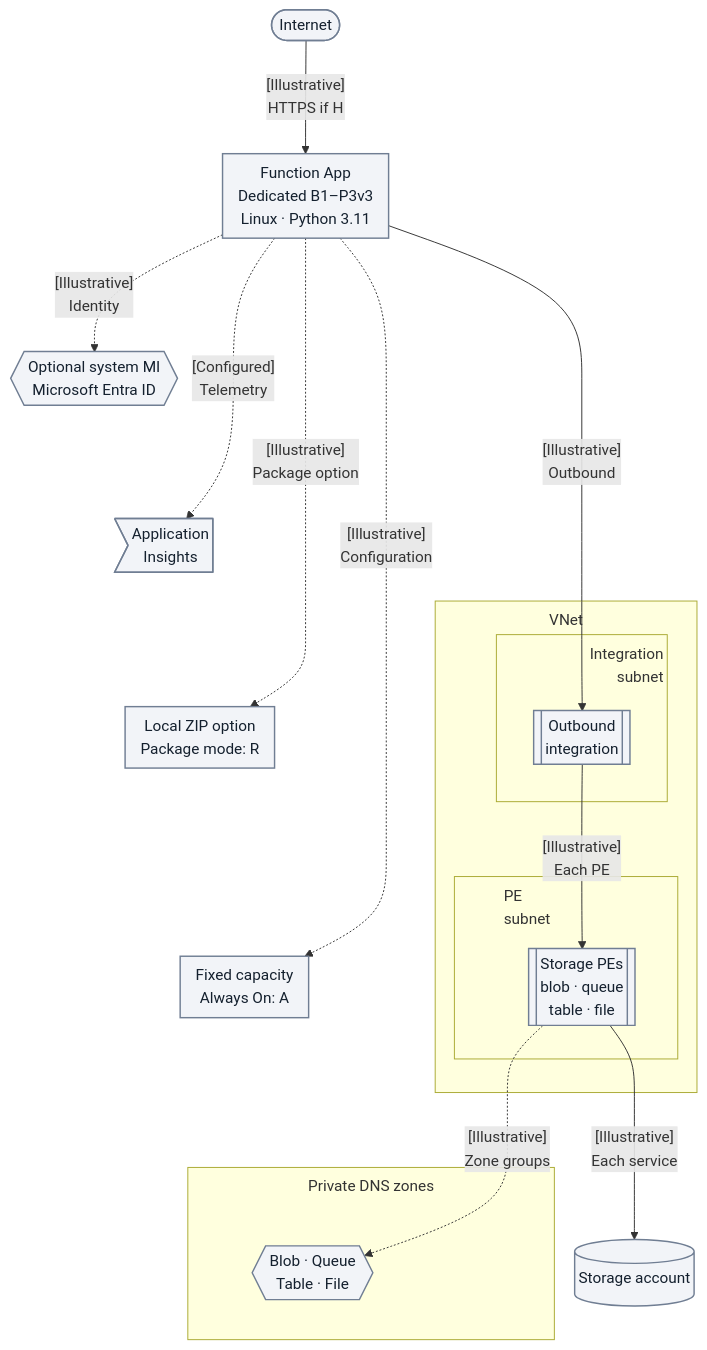
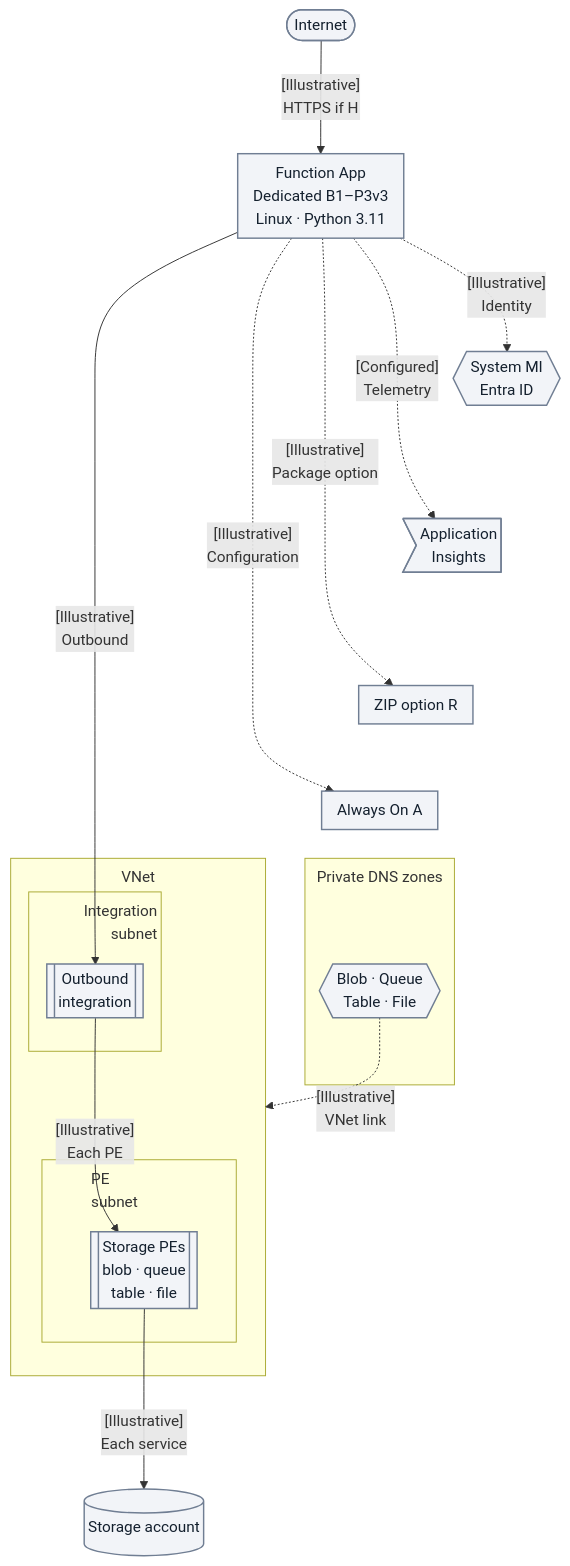
Before and after one commit to yeongseon/azure-functions-practical-guide: the first of 2 diagrams in docs/language-guides/python/tutorial/dedicated/06-ci-cd.md, drawn with Mermaid. The commit also changed other lines of this file, not shown here.

Commit message:
docs(diagrams): tier Python Dedicated network context
Link DNS context to the actual VNet boundary and shorten keyed options.
Retain the best of three measured layouts with its readability debt explicit.

Refs #363

````diff
--- a/docs/language-guides/python/tutorial/dedicated/06-ci-cd.md
+++ b/docs/language-guides/python/tutorial/dedicated/06-ci-cd.md
@@ -83,40 +83,40 @@
 ```mermaid
 %%{init: {'flowchart': {'nodeSpacing': 10, 'rankSpacing': 70, 'padding': 8, 'subGraphTitleMargin': {'top': 8, 'bottom': 32}}}}%%
 flowchart TD
     accTitle: Python 3.11 Linux Dedicated optional Storage topology
     accDescr: Dedicated B1 through P3v3 context, not networking configured by this CI/CD page. App compute is outside outbound integration; four Storage endpoints and DNS zones are expanded in the key. Identity, telemetry, package mode and Always On are associations, not data-transit hops. Public ingress depends on app access configuration.
     client(["Internet"])
     app_runtime["Function App<br/>Dedicated B1–P3v3<br/>Linux · Python 3.11"]
-    identity{{"Optional system MI<br/>Microsoft Entra ID"}}
+    identity{{"System MI<br/>Entra ID"}}
     telemetry>"Application<br/>Insights"]
-    RFP["Local ZIP option<br/>Package mode: R"]
-    ALWAYS_ON["Fixed capacity<br/>Always On: A"]
+    RFP["ZIP option R"]
+    ALWAYS_ON["Always On A"]
     subgraph DNS["Private DNS zones"]
         dns_fn{{"Blob · Queue<br/>Table · File"}}
     end
     subgraph vnet_fn["VNet"]
-        subgraph INT_SUB["<div style='width:170px;text-align:right'>Integration<br/>subnet</div>"]
+        subgraph INT_SUB["<div style='width:130px;text-align:right'>Integration<br/>subnet</div>"]
             vnet_integration[["Outbound<br/>integration"]]
         end
-        subgraph PE_SUB["<div style='width:130px;text-align:left'>PE<br/>subnet</div>"]
+        subgraph PE_SUB["<div style='width:100px;text-align:left'>PE<br/>subnet</div>"]
             pe_storage[["Storage PEs<br/>blob · queue<br/>table · file"]]
         end
     end
     storage_db[("Storage account")]
     client -->|"[Illustrative]<br/>HTTPS if H"| app_runtime
     app_runtime -.->|"[Illustrative]<br/>Identity"| identity
     app_runtime -.->|"[Configured]<br/>Telemetry"| telemetry
     app_runtime -.->|"[Illustrative]<br/>Package option"| RFP
     app_runtime -.->|"[Illustrative]<br/>Configuration"| ALWAYS_ON
-    pe_storage -.->|"[Illustrative]<br/>Zone groups"| dns_fn
+    dns_fn -.->|"[Illustrative]<br/>VNet link"| vnet_fn
     app_runtime -->|"[Illustrative]<br/>Outbound"| vnet_integration
     vnet_integration -->|"[Illustrative]<br/>Each PE"| pe_storage
     pe_storage -->|"[Illustrative]<br/>Each service"| storage_db
     %% Layout-only tiers; add no requests, diagnostic steps or visible arrows.
     identity ~~~ telemetry
     telemetry ~~~ RFP
     RFP ~~~ ALWAYS_ON
     ALWAYS_ON ~~~ dns_fn
     classDef baseNeutral fill:#f2f4f8,stroke:#707e93,stroke-width:1.5px,color:#14202e;
     class client,app_runtime,identity,telemetry,RFP,ALWAYS_ON,dns_fn,vnet_integration,pe_storage,storage_db baseNeutral;
 ```
````
